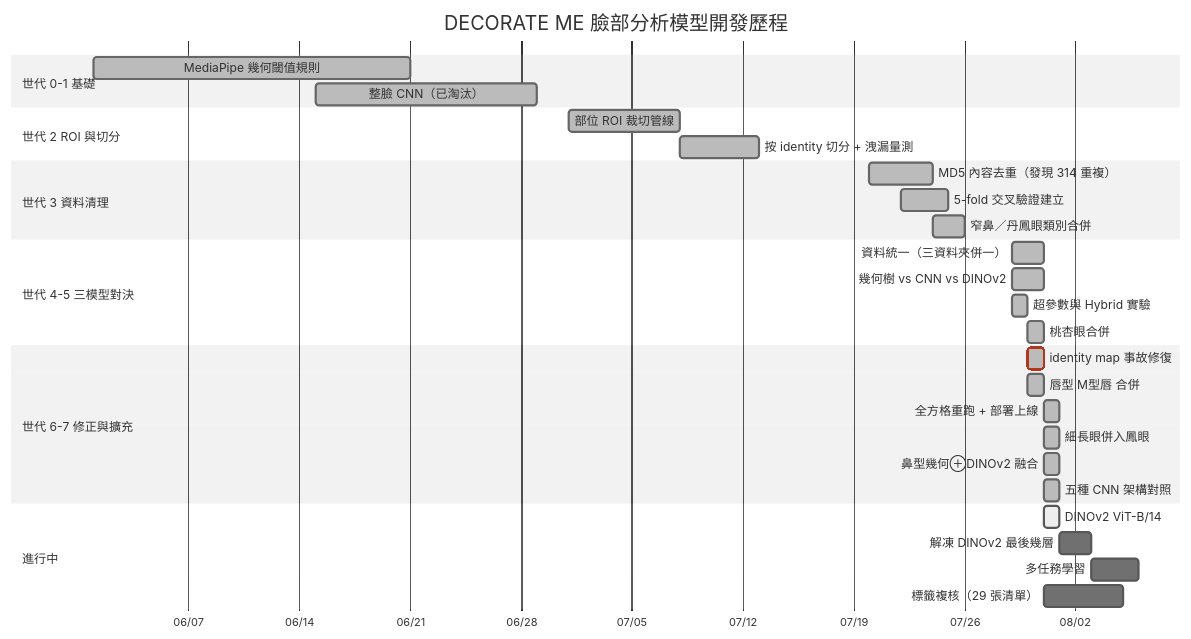
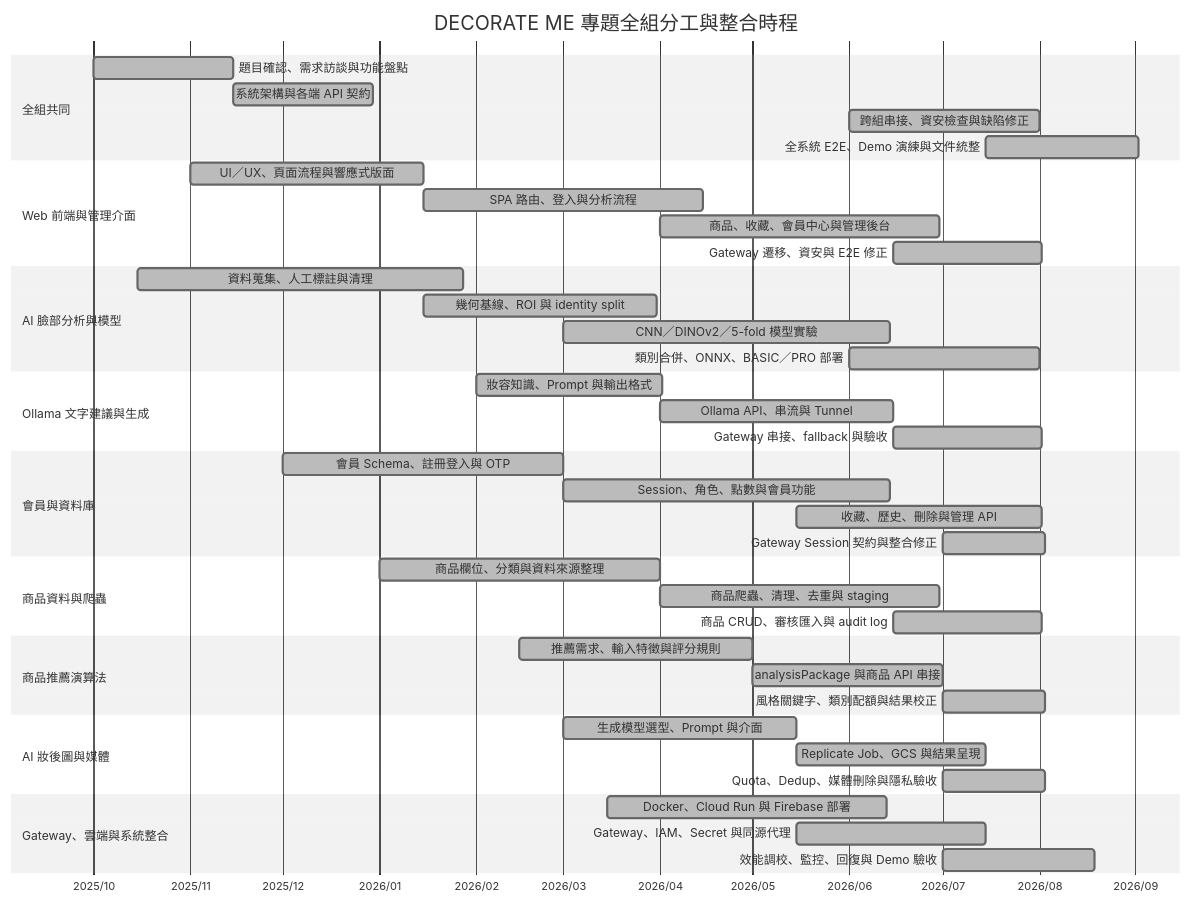
The fifth of 6 diagrams in docs/技術文件書_詳細版/00_六大系統圖.md (vivi930319/DecorateMeAI), drawn with Mermaid (neutral theme) before and after one commit. The commit also changed other lines of this file and 2 other files, not shown here.

First paragraph of the commit message:
Put the technical docs where a fresh machine can reach them
The datasets were already retrievable from GCS; the docs were not. Now
`sync_datasets.py` carries both, so one command restores everything a new
machine needs that git does not hold.

````diff
--- a/docs/技術文件書_詳細版/00_六大系統圖.md
+++ b/docs/技術文件書_詳細版/00_六大系統圖.md
@@ -254,39 +254,55 @@
 ```mermaid
 gantt
-    title DECORATE ME 臉部分析模型開發歷程
+    title DECORATE ME 專題全組分工與整合時程
     dateFormat YYYY-MM-DD
-    axisFormat %m/%d
+    axisFormat %Y/%m
 
-    section 世代 0-1 基礎
-    MediaPipe 幾何閾值規則        :done, g0, 2026-06-01, 20d
-    整臉 CNN（已淘汰）             :done, g1, 2026-06-15, 14d
+    section 全組共同
+    題目確認、需求訪談與功能盤點       :done, all1, 2025-10-01, 45d
+    系統架構與各端 API 契約            :done, all2, 2025-11-15, 45d
+    跨組串接、資安檢查與缺陷修正       :done, all3, 2026-06-01, 61d
+    全系統 E2E、Demo 演練與文件統整     :done, all4, 2026-07-15, 49d
 
-    section 世代 2 ROI 與切分
-    部位 ROI 裁切管線              :done, g2a, 2026-07-01, 7d
-    按 identity 切分 + 洩漏量測    :done, g2b, 2026-07-08, 5d
+    section Web 前端與管理介面
+    UI／UX、頁面流程與響應式版面       :done, fe1, 2025-11-01, 75d
+    SPA 路由、登入與分析流程            :done, fe2, 2026-01-15, 90d
+    商品、收藏、會員中心與管理後台      :done, fe3, 2026-04-01, 90d
+    Gateway 遷移、資安與 E2E 修正       :done, fe4, 2026-06-15, 48d
 
-    section 世代 3 資料清理
-    MD5 內容去重（發現 314 重複）  :done, g3a, 2026-07-20, 4d
-    5-fold 交叉驗證建立            :done, g3b, 2026-07-22, 3d
-    窄鼻／丹鳳眼類別合併            :done, g3c, 2026-07-24, 2d
+    section AI 臉部分析與模型
+    資料蒐集、人工標註與清理            :done, ai1, 2025-10-15, 105d
+    幾何基線、ROI 與 identity split     :done, ai2, 2026-01-15, 75d
+    CNN／DINOv2／5-fold 模型實驗         :done, ai3, 2026-03-01, 105d
+    類別合併、ONNX、BASIC／PRO 部署      :done, ai4, 2026-06-01, 61d
 
-    section 世代 4-5 三模型對決
-    資料統一（三資料夾併一）        :done, g4a, 2026-07-29, 2d
-    幾何樹 vs CNN vs DINOv2        :done, g4b, 2026-07-29, 2d
-    超參數與 Hybrid 實驗           :done, g5a, 2026-07-29, 1d
-    桃杏眼合併                     :done, g5b, 2026-07-30, 1d
+    section Ollama 文字建議與生成
+    妝容知識、Prompt 與輸出格式         :done, ol1, 2026-02-01, 60d
+    Ollama API、串流與 Tunnel            :done, ol2, 2026-04-01, 75d
+    Gateway 串接、fallback 與驗收        :done, ol3, 2026-06-15, 48d
 
-    section 世代 6-7 修正與擴充
-    identity map 事故修復          :crit, done, g6a, 2026-07-30, 1d
-    唇型 M型唇 合併                :done, g6b, 2026-07-30, 1d
-    全方格重跑 + 部署上線          :done, g6c, 2026-07-31, 1d
-    細長眼併入鳳眼                 :done, g7a, 2026-07-31, 1d
-    鼻型幾何⊕DINOv2 融合           :done, g7b, 2026-07-31, 1d
-    五種 CNN 架構對照              :done, g7c, 2026-07-31, 1d
+    section 會員與資料庫
+    會員 Schema、註冊登入與 OTP          :done, db1, 2025-12-01, 90d
+    Session、角色、點數與會員功能        :done, db2, 2026-03-01, 105d
+    收藏、歷史、刪除與管理 API           :done, db3, 2026-05-15, 79d
+    Gateway Session 契約與整合修正       :done, db4, 2026-07-01, 33d
 
-    section 進行中
-    DINOv2 ViT-B/14               :active, n1, 2026-07-31, 1d
-    解凍 DINOv2 最後幾層           :n2, after n1, 2d
-    多任務學習                     :n3, after n2, 3d
-    標籤複核（29 張清單）           :n4, 2026-07-31, 5d
+    section 商品資料與爬蟲
+    商品欄位、分類與資料來源整理         :done, pc1, 2026-01-01, 90d
+    商品爬蟲、清理、去重與 staging       :done, pc2, 2026-04-01, 90d
+    商品 CRUD、審核匯入與 audit log      :done, pc3, 2026-06-15, 48d
+
+    section 商品推薦演算法
+    推薦需求、輸入特徵與評分規則         :done, rec1, 2026-02-15, 75d
+    analysisPackage 與商品 API 串接       :done, rec2, 2026-05-01, 61d
+    風格關鍵字、類別配額與結果校正       :done, rec3, 2026-07-01, 33d
+
+    section AI 妝後圖與媒體
+    生成模型選型、Prompt 與介面          :done, ren1, 2026-03-01, 75d
+    Replicate Job、GCS 與結果呈現         :done, ren2, 2026-05-15, 61d
+    Quota、Dedup、媒體刪除與隱私驗收     :done, ren3, 2026-07-01, 33d
+
+    section Gateway、雲端與系統整合
+    Docker、Cloud Run 與 Firebase 部署    :done, ops1, 2026-03-15, 90d
+    Gateway、IAM、Secret 與同源代理       :done, ops2, 2026-05-15, 61d
+    效能調校、監控、回復與 Demo 驗收      :done, ops3, 2026-07-01, 49d
 ```
````
